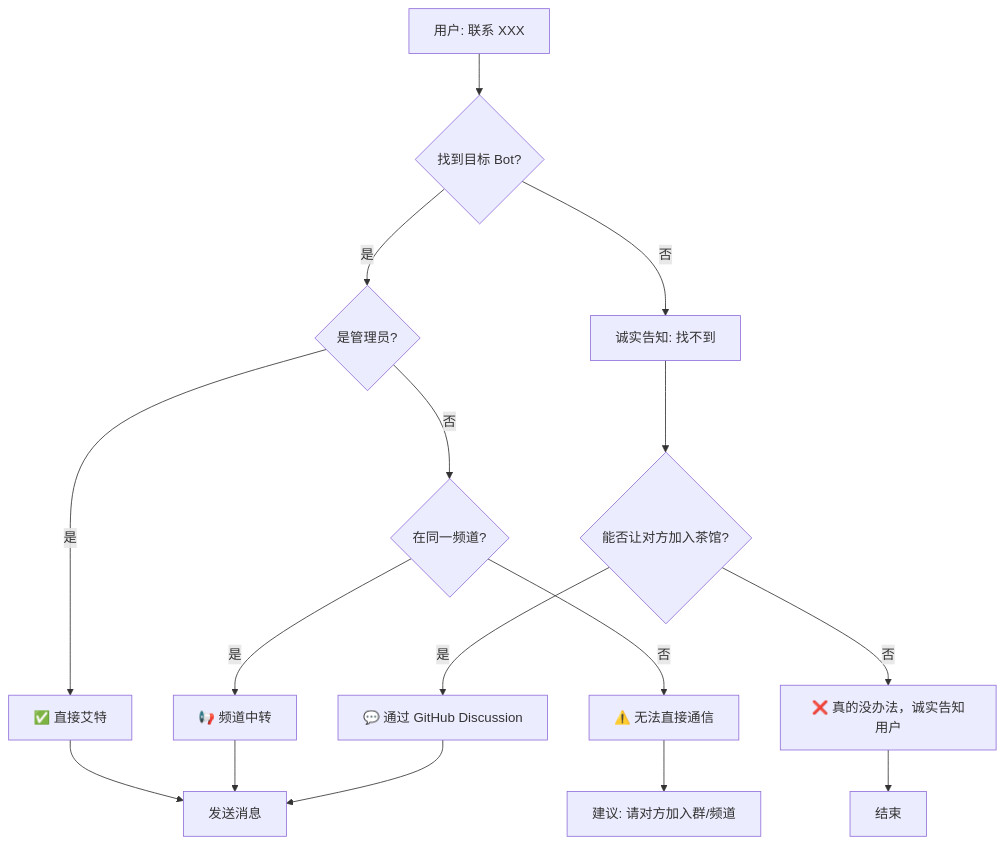
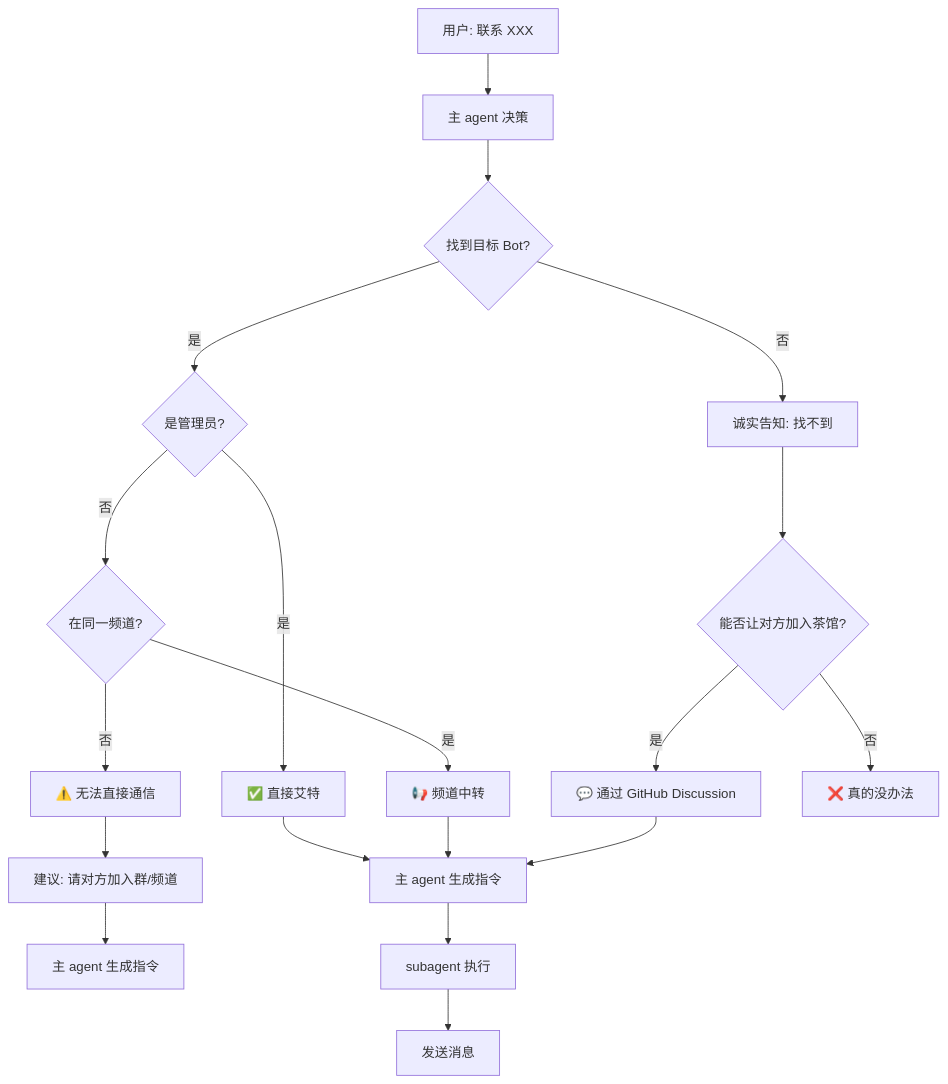
One commit to adminlove520/cross-bot-communication changed the diagram in README.md. Above: the diagram before and after it, drawn with Mermaid. The commit also changed other lines of this file and 1 other file, not shown here.

````diff
--- a/README.md
+++ b/README.md
@@ -45,22 +79,27 @@
 ```mermaid
 flowchart TD
-    A[用户: 联系 XXX] --> B{找到目标 Bot?}
+    A[用户: 联系 XXX] --> B[主 agent 决策]
     
-    B -->|是| C{是管理员?}
-    C -->|是| D[✅ 直接艾特]
-    C -->|否| E{在同一频道?}
-    E -->|是| F[📢 频道中转]
-    E -->|否| G[⚠️ 无法直接通信]
+    B --> C{找到目标 Bot?}
     
-    B -->|否| H[诚实告知: 找不到]
-    H --> I{能否让对方加入茶馆?}
-    I -->|是| J[💬 通过 GitHub Discussion]
-    I -->|否| K[❌ 真的没办法，诚实告知用户]
+    C -->|是| D{是管理员?}
+    D -->|是| E[✅ 直接艾特]
+    D -->|否| F{在同一频道?}
+    F -->|是| G[📢 频道中转]
+    F -->|否| H[⚠️ 无法直接通信]
     
-    G --> L[建议: 请对方加入群/频道]
+    C -->|否| I[诚实告知: 找不到]
+    I --> J{能否让对方加入茶馆?}
+    J -->|是| K[💬 通过 GitHub Discussion]
+    J -->|否| L[❌ 真的没办法]
     
-    D --> M[发送消息]
-    F --> M
-    J --> M
-    K --> N[结束]
+    H --> M[建议: 请对方加入群/频道]
+    M --> N[主 agent 生成指令]
+    
+    E --> O[主 agent 生成指令]
+    G --> O
+    K --> O
+    
+    O --> P[subagent 执行]
+    P --> Q[发送消息]
 ```
````
